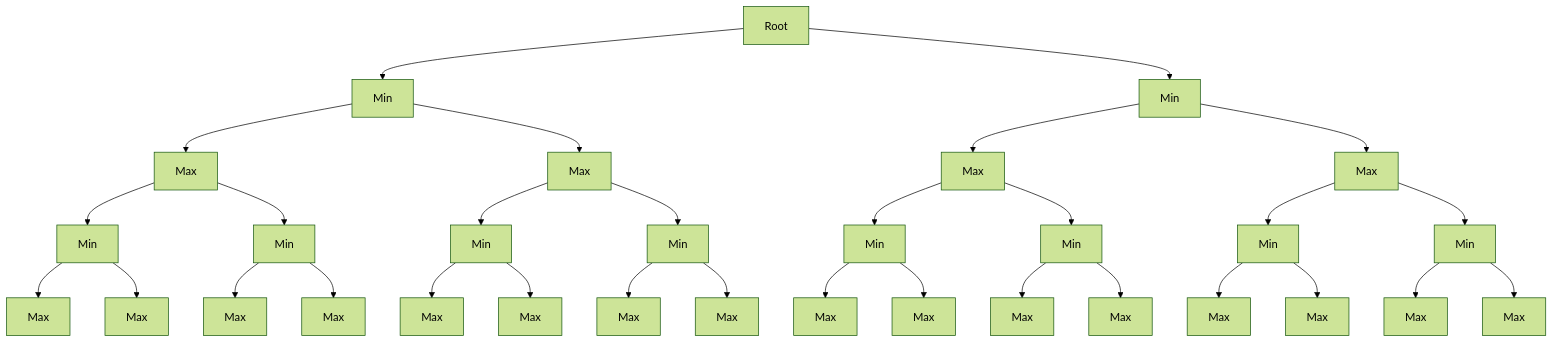
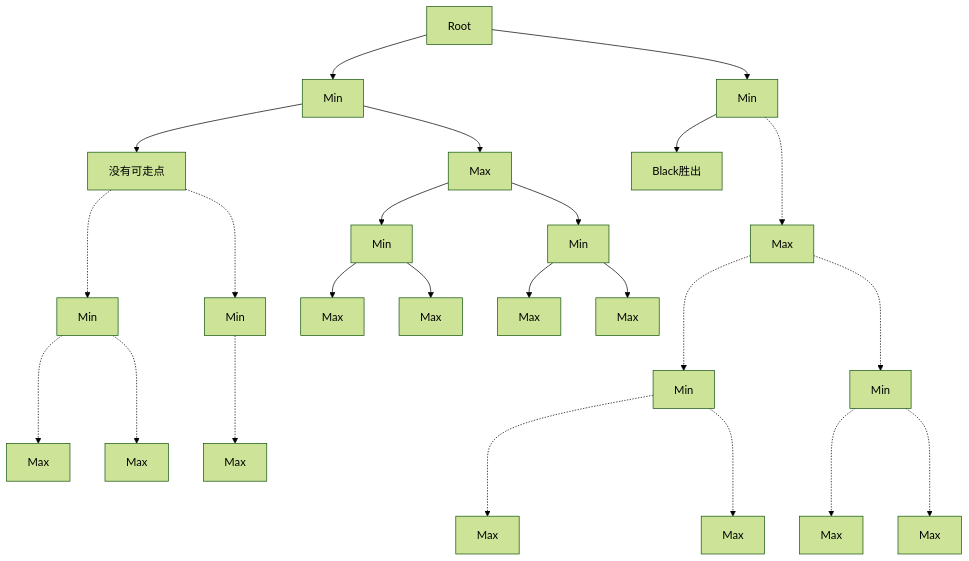
One commit to TwilightLemon/GobangCat changed the sixth of 12 diagrams in Document/doc.md. Above: the diagram before and after it, drawn with Mermaid (forest theme). The commit also changed other lines of this file and 5 other files, not shown here.

````diff
--- a/Document/doc.md
+++ b/Document/doc.md
@@ -79,33 +80,26 @@
 ```mermaid
 graph TD
     A[Root] --> B1[Min]
     A --> B2[Min]
     B1 --> C1[Max]
-    B1 --> C2[Max]
-    B2 --> C3[Max]
-    B2 --> C4[Max]
+    B1 --> C2[没有可走点]
+    B2 --> C3[Black胜出]
+    B2 -..-> C4[Max]
     C1 --> D1[Min]
     C1 --> D2[Min]
-    C2 --> D3[Min]
-    C2 --> D4[Min]
-    C3 --> D5[Min]
-    C3 --> D6[Min]
-    C4 --> D7[Min]
-    C4 --> D8[Min]
+    C2 -..-> D3[Min]
+    C2 -..-> D4[Min]
+    C4 -..-> D7[Min]
+    C4 -..-> D8[Min]
     D1 --> E1[Max]
     D1 --> E2[Max]
     D2 --> E3[Max]
     D2 --> E4[Max]
-    D3 --> E5[Max]
-    D3 --> E6[Max]
-    D4 --> E7[Max]
-    D4 --> E8[Max]
-    D5 --> E9[Max]
-    D5 --> E10[Max]
-    D6 --> E11[Max]
-    D6 --> E12[Max]
-    D7 --> E13[Max]
-    D7 --> E14[Max]
-    D8 --> E15[Max]
-    D8 --> E16[Max]
+    D3 -..-> E5[Max]
+    D3 -..-> E6[Max]
+    D4 -..-> E7[Max]
+    D7 -..-> E13[Max]
+    D7 -..-> E14[Max]
+    D8 -..-> E15[Max]
+    D8 -..-> E16[Max]
 ```
````
